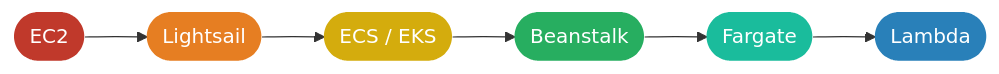
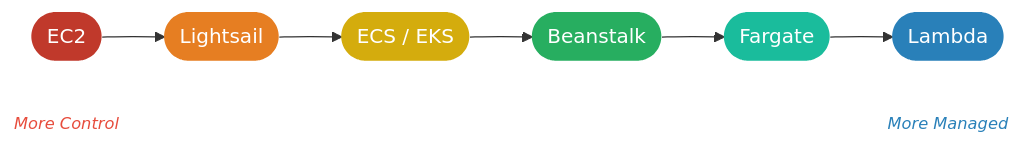
One commit to albujuk/Notes changed the diagram in AWS/Cloud Practitioner/Compute.md. Above: the diagram before and after it, drawn with Mermaid. The commit also changed other lines of this file, not shown here.

Commit message:
vault backup: 2026-04-21 10:37:07

````diff
--- a/AWS/Cloud Practitioner/Compute.md
+++ b/AWS/Cloud Practitioner/Compute.md
@@ -105,18 +105,24 @@
 ```mermaid
 graph LR
     A([EC2]) --> B([Lightsail]) --> C(["ECS / EKS"]) --> D([Beanstalk]) --> E([Fargate]) --> F([Lambda])
 
-    classDef c1 fill:#c0392b,color:#fff,stroke:none
-    classDef c2 fill:#e67e22,color:#fff,stroke:none
-    classDef c3 fill:#d4ac0d,color:#fff,stroke:none
-    classDef c4 fill:#27ae60,color:#fff,stroke:none
-    classDef c5 fill:#1abc9c,color:#fff,stroke:none
-    classDef c6 fill:#2980b9,color:#fff,stroke:none
+    MC([More Control]) ~~~~~~~ MM([More Managed])
+
+    classDef c1  fill:#c0392b,color:#fff,stroke:none
+    classDef c2  fill:#e67e22,color:#fff,stroke:none
+    classDef c3  fill:#d4ac0d,color:#fff,stroke:none
+    classDef c4  fill:#27ae60,color:#fff,stroke:none
+    classDef c5  fill:#1abc9c,color:#fff,stroke:none
+    classDef c6  fill:#2980b9,color:#fff,stroke:none
+    classDef lctrl fill:none,stroke:none,color:#e74c3c,font-style:italic,font-size:13px
+    classDef lmgd  fill:none,stroke:none,color:#2980b9,font-style:italic,font-size:13px
 
     class A c1
     class B c2
     class C c3
     class D c4
     class E c5
     class F c6
+    class MC lctrl
+    class MM lmgd
 ```
````
